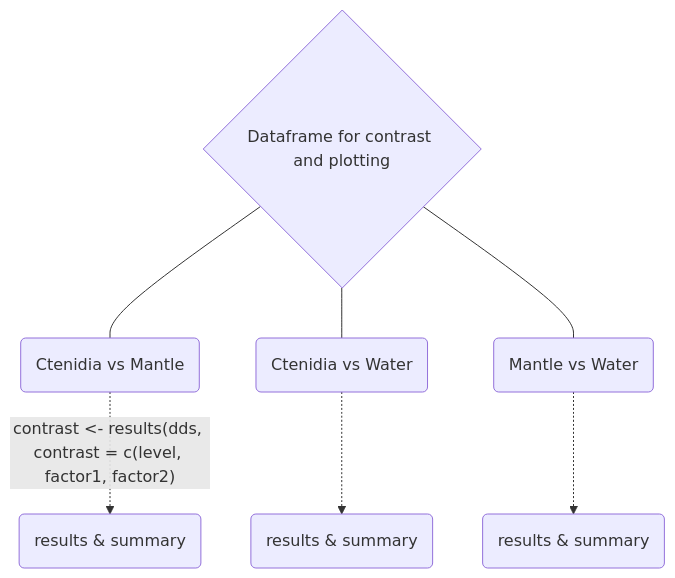
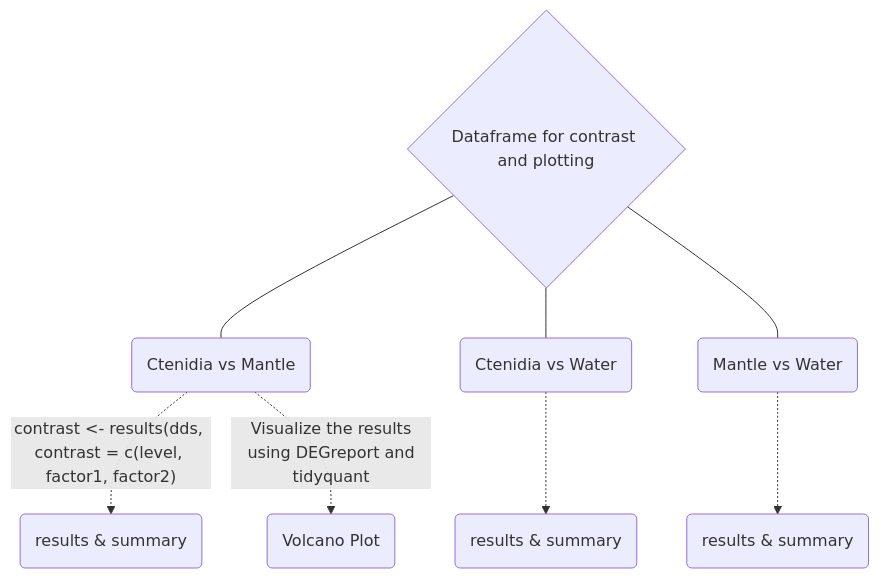
One commit to aptejada/Mermaid-Markdown-Practice-File changed the fifth of 5 diagrams in README.md. Above: the diagram before and after it, drawn with Mermaid.

````diff
--- a/README.md
+++ b/README.md
@@ -79,10 +79,10 @@
 ```mermaid
 graph TD;
 A{Dataframe for contrast and plotting} ---B(Ctenidia vs Mantle) 
 A ---C(Ctenidia vs Water)
 A ---D(Mantle vs Water)
 B-. "contrast <- results(dds, contrast = c(level, factor1, factor2)" .-> E(results & summary)
 C-. " " .->F(results & summary)
 D-. " " .->G(results & summary)
-
+B-. "Visualize the results</br> using DEGreport and tidyquant" .->H(Volcano Plot)
 ```
````
